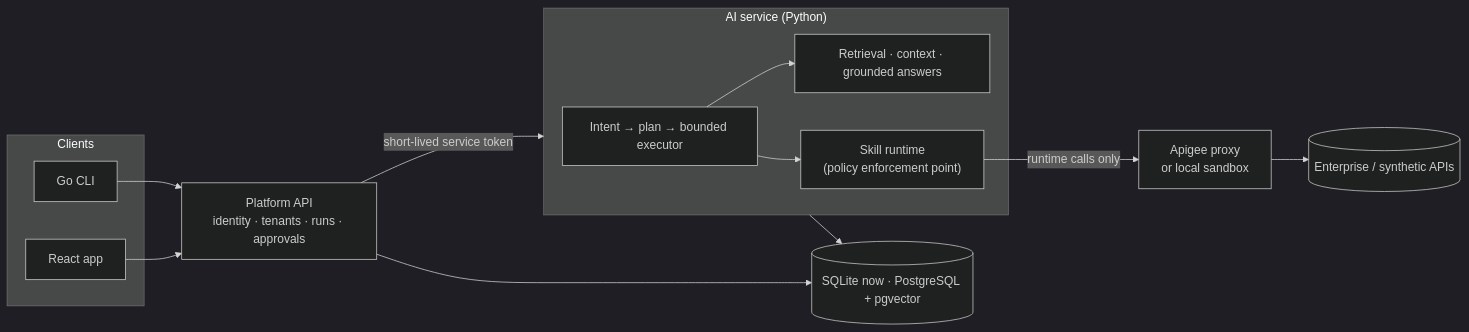
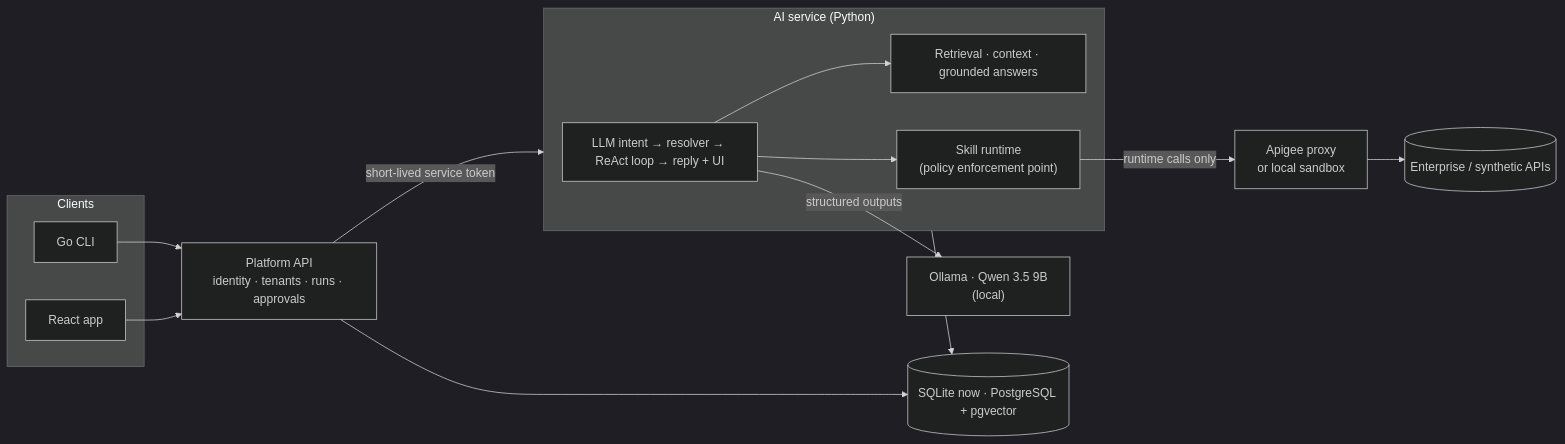
The diagram in README.md (joyrana/enterprise-api-copilot), drawn with Mermaid (dark theme) before and after one commit. The commit also changed other lines of this file and 30 other files, not shown here.

````diff
--- a/README.md
+++ b/README.md
@@ -108,22 +108,23 @@
 ```mermaid
 flowchart LR
   subgraph Clients
     CLI[Go CLI]
     Web[React app]
   end
   CLI --> Platform
   Web --> Platform
   Platform["Platform API<br/>identity · tenants · runs · approvals"]
   Platform -->|short-lived service token| Agent
   subgraph Agent["AI service (Python)"]
-    Orchestrator["Intent → plan → bounded executor"]
+    Orchestrator["LLM intent → resolver → ReAct loop → reply + UI"]
     Knowledge["Retrieval · context · grounded answers"]
     Runtime["Skill runtime<br/>(policy enforcement point)"]
     Orchestrator --> Knowledge
     Orchestrator --> Runtime
   end
+  Orchestrator -->|structured outputs| LLM["Ollama · Qwen 3.5 9B<br/>(local)"]
   Runtime -->|runtime calls only| Gateway["Apigee proxy<br/>or local sandbox"]
   Gateway --> APIs[(Enterprise / synthetic APIs)]
   Agent --> Store[(SQLite now · PostgreSQL + pgvector)]
   Platform --> Store
 ```
````
